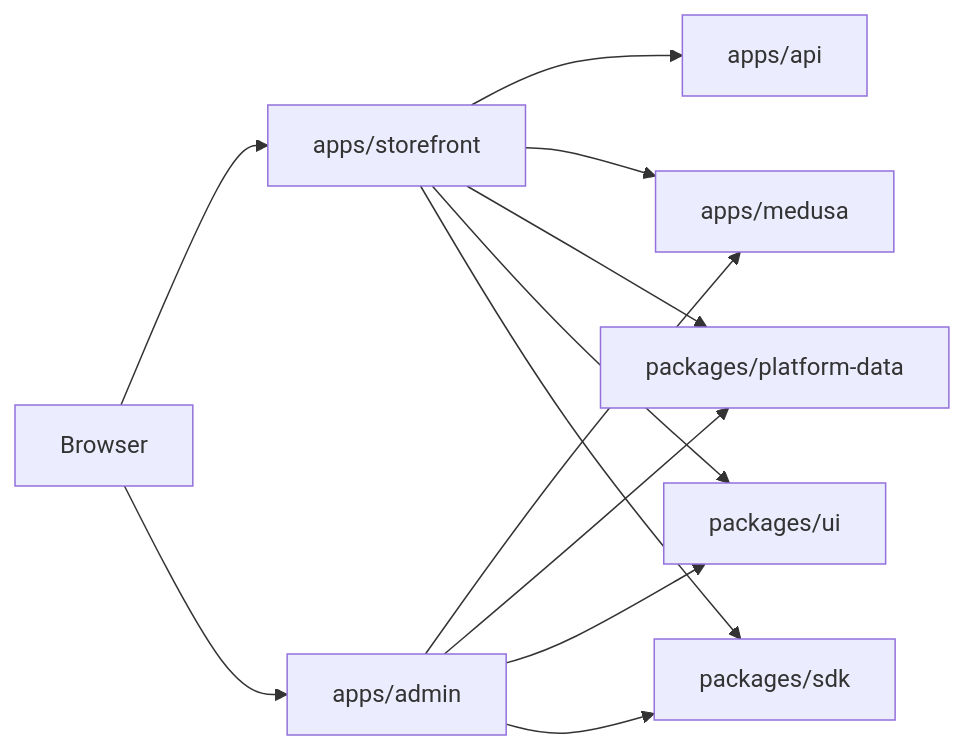
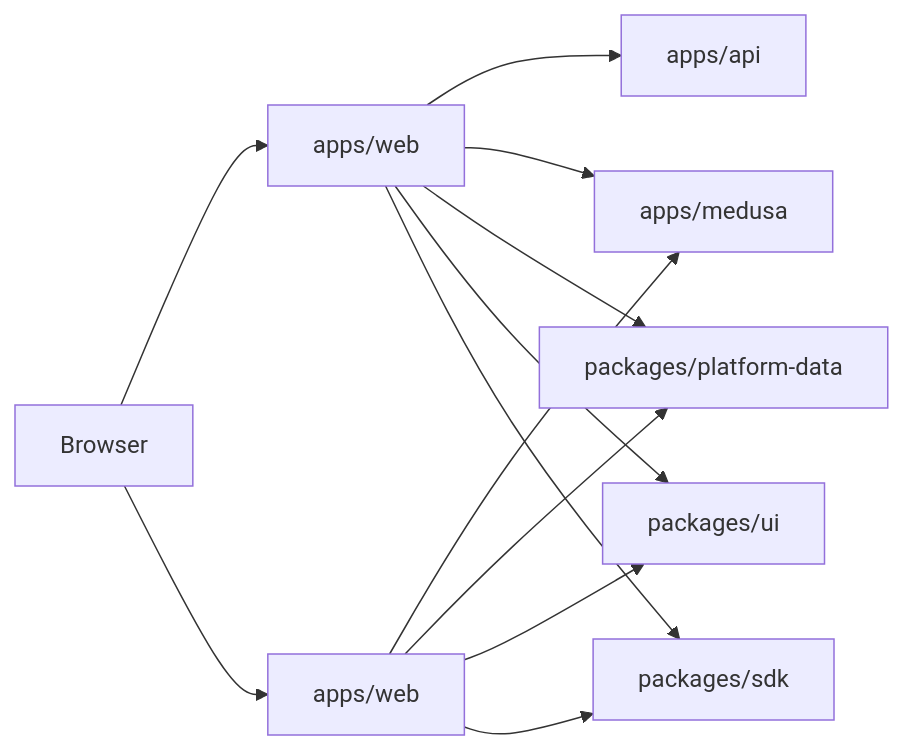
Before and after one commit to JustineDevs/UMS: the diagram in ARCHITECTURE.md, drawn with Mermaid. The commit also changed other lines of this file and 1798 other files, not shown here.

First line of the commit message:
Align the production web source with the Worker architecture

````diff
--- a/ARCHITECTURE.md
+++ b/ARCHITECTURE.md
@@ -32,14 +32,14 @@
 ```mermaid
 flowchart LR
-  Browser[Browser] --> Storefront[apps/storefront]
-  Browser --> Admin[apps/admin]
+  Browser[Browser] --> Storefront[apps/web]
+  Browser --> Admin[apps/web]
   Storefront --> API[apps/api]
   Storefront --> Medusa[apps/medusa]
   Admin --> Medusa
   Admin --> PlatformData[packages/platform-data]
   Storefront --> PlatformData
   Admin --> UI[packages/ui]
   Storefront --> UI
   Storefront --> SDK[packages/sdk]
   Admin --> SDK
 ```
````
